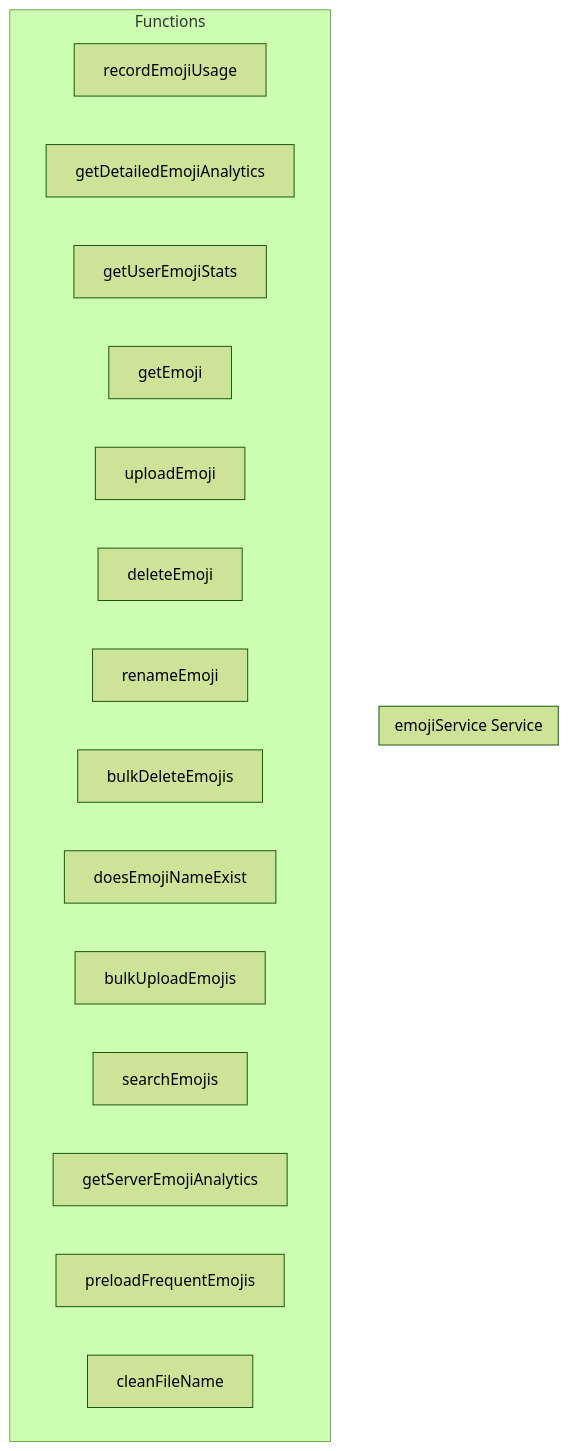
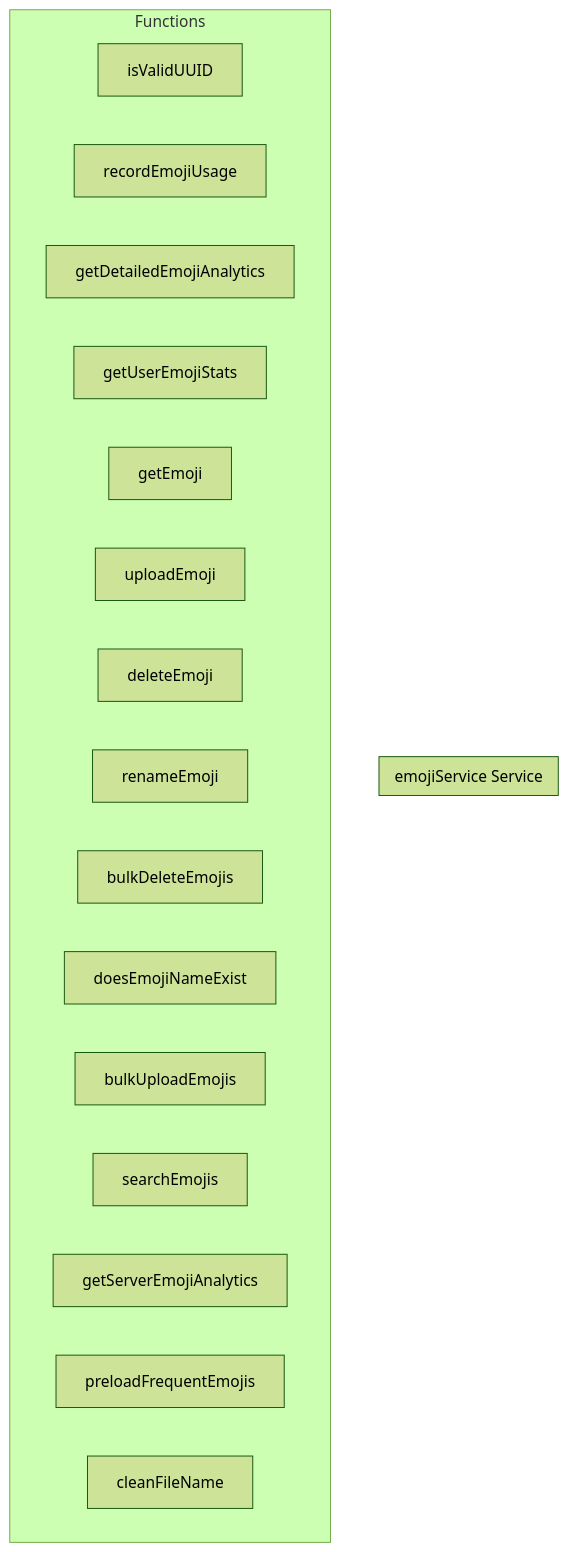
The diagram in docs/api/services/emojiservice.md (y4my4my4m/harmony), drawn with Mermaid (forest theme) before and after one commit. The commit also changed other lines of this file and 211 other files, not shown here.

````diff
--- a/docs/api/services/emojiservice.md
+++ b/docs/api/services/emojiservice.md
@@ -7,22 +7,23 @@
 ```mermaid
 graph TB
     subgraph "emojiService Service"
     end
     
     subgraph "Functions"
+        FN_ISVALIDUUID[isValidUUID]
         FN_RECORDEMOJIUSAGE[recordEmojiUsage]
         FN_GETDETAILEDEMOJIANALYTICS[getDetailedEmojiAnalytics]
         FN_GETUSEREMOJISTATS[getUserEmojiStats]
         FN_GETEMOJI[getEmoji]
         FN_UPLOADEMOJI[uploadEmoji]
         FN_DELETEEMOJI[deleteEmoji]
         FN_RENAMEEMOJI[renameEmoji]
         FN_BULKDELETEEMOJIS[bulkDeleteEmojis]
         FN_DOESEMOJINAMEEXIST[doesEmojiNameExist]
         FN_BULKUPLOADEMOJIS[bulkUploadEmojis]
         FN_SEARCHEMOJIS[searchEmojis]
         FN_GETSERVEREMOJIANALYTICS[getServerEmojiAnalytics]
         FN_PRELOADFREQUENTEMOJIS[preloadFrequentEmojis]
         FN_CLEANFILENAME[cleanFileName]
     end
 ```
````
